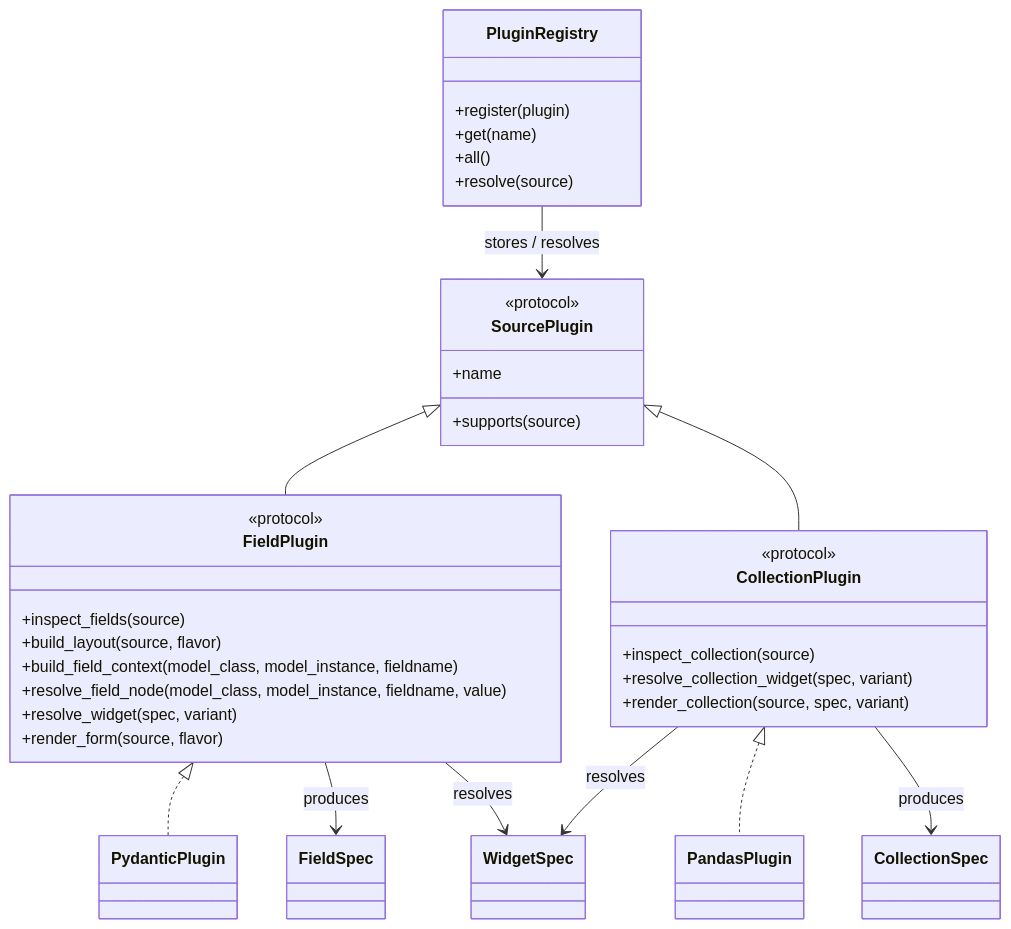
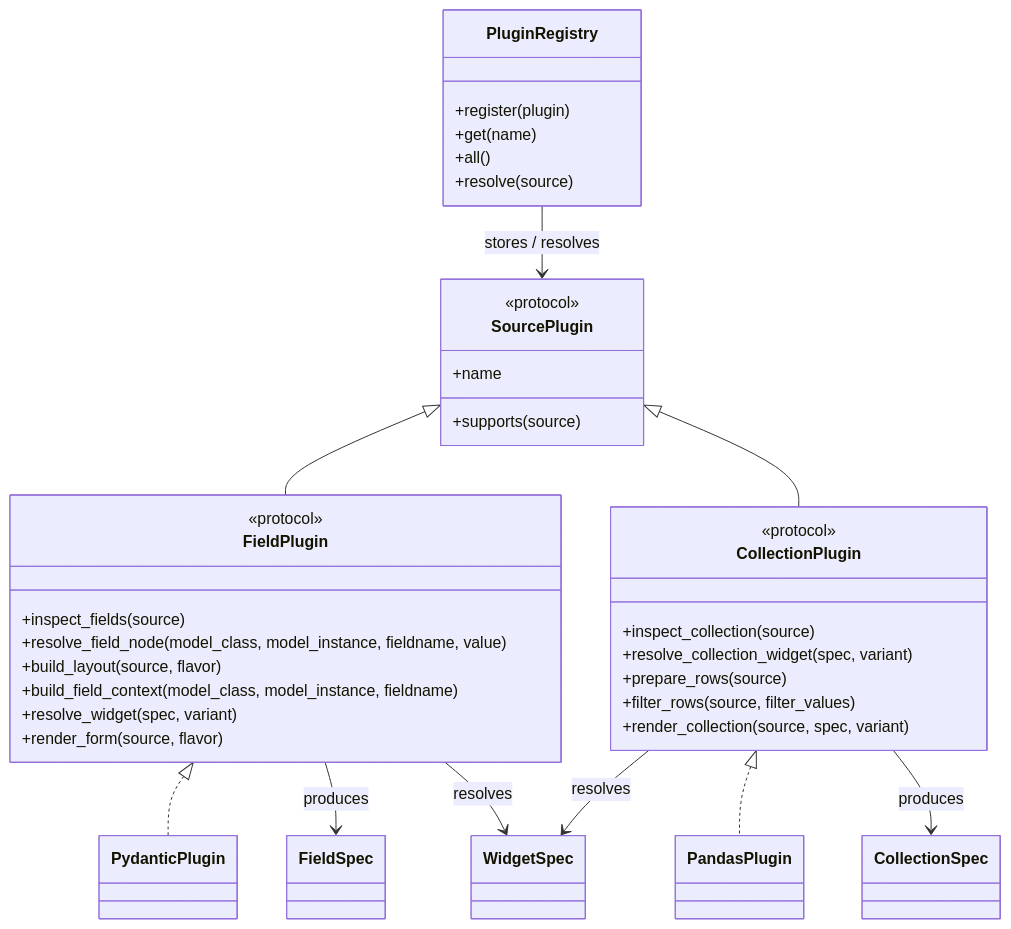
The third of 4 diagrams in docs/architecture.md (onclefranck/nicegui-builder), drawn with Mermaid before and after one commit. The commit also changed other lines of this file and 15 other files, not shown here.

````diff
--- a/docs/architecture.md
+++ b/docs/architecture.md
@@ -187,50 +187,52 @@
 ```mermaid
 classDiagram
     class SourcePlugin {
         <<protocol>>
         +name
         +supports(source)
     }
 
     class FieldPlugin {
         <<protocol>>
         +inspect_fields(source)
+        +resolve_field_node(model_class, model_instance, fieldname, value)
         +build_layout(source, flavor)
         +build_field_context(model_class, model_instance, fieldname)
-        +resolve_field_node(model_class, model_instance, fieldname, value)
         +resolve_widget(spec, variant)
         +render_form(source, flavor)
     }
 
     class CollectionPlugin {
         <<protocol>>
         +inspect_collection(source)
         +resolve_collection_widget(spec, variant)
+        +prepare_rows(source)
+        +filter_rows(source, filter_values)
         +render_collection(source, spec, variant)
     }
 
     class PluginRegistry {
         +register(plugin)
         +get(name)
         +all()
         +resolve(source)
     }
 
     class PydanticPlugin
     class PandasPlugin
 
     class FieldSpec
     class CollectionSpec
     class WidgetSpec
 
     SourcePlugin <|-- FieldPlugin
     SourcePlugin <|-- CollectionPlugin
     FieldPlugin <|.. PydanticPlugin
     CollectionPlugin <|.. PandasPlugin
 
     PluginRegistry --> SourcePlugin : stores / resolves
     FieldPlugin --> FieldSpec : produces
     FieldPlugin --> WidgetSpec : resolves
     CollectionPlugin --> CollectionSpec : produces
     CollectionPlugin --> WidgetSpec : resolves
 ```
````
